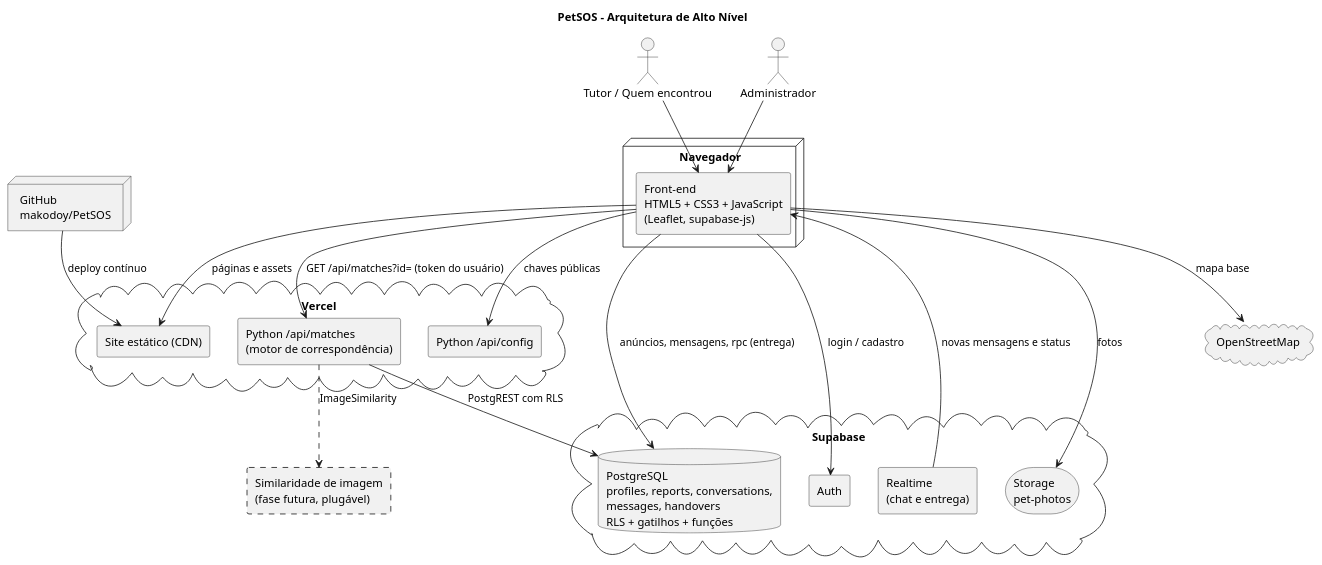
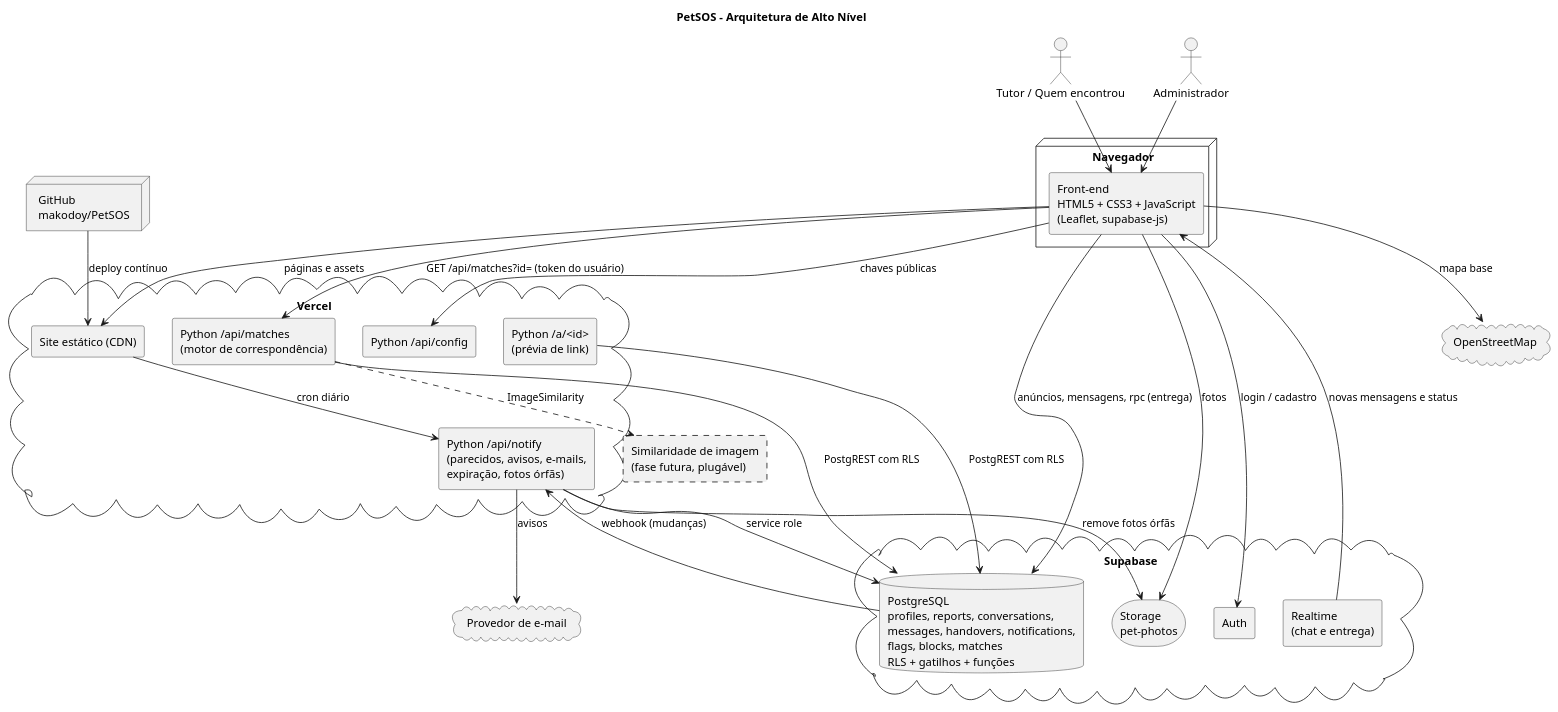
Before and after one commit to makodoy/PetSOS: the diagram in docs/arquitetura.puml, drawn with PlantUML. The commit also changed 2 other files, not shown here.

Commit message:
Atualiza README e diagramas

```diff
--- a/docs/arquitetura.puml
+++ b/docs/arquitetura.puml
@@ -1,43 +1,52 @@
 @startuml PetSOS_Arquitetura
 title PetSOS - Arquitetura de Alto Nível
 skinparam componentStyle rectangle
 skinparam shadowing false
 
 actor "Tutor / Quem encontrou" as user
 actor "Administrador" as admin
 
 node "Navegador" {
   component "Front-end\nHTML5 + CSS3 + JavaScript\n(Leaflet, supabase-js)" as fe
 }
 
 cloud "Vercel" {
   component "Site estático (CDN)" as cdn
   component "Python /api/matches\n(motor de correspondência)" as match
   component "Python /api/config" as cfg
+  component "Python /api/notify\n(parecidos, avisos, e-mails,\nexpiração, fotos órfãs)" as notify
+  component "Python /a/<id>\n(prévia de link)" as share
 }
 
 cloud "Supabase" {
   component "Auth" as auth
-  database "PostgreSQL\nprofiles, reports, conversations,\nmessages, handovers\nRLS + gatilhos + funções" as db
+  database "PostgreSQL\nprofiles, reports, conversations,\nmessages, handovers, notifications,\nflags, blocks, matches\nRLS + gatilhos + funções" as db
   component "Realtime\n(chat e entrega)" as rt
   storage "Storage\npet-photos" as st
 }
 
 cloud "OpenStreetMap" as tiles
+cloud "Provedor de e-mail" as mail
 component "Similaridade de imagem\n(fase futura, plugável)" as img #line.dashed
 node "GitHub\nmakodoy/PetSOS" as gh
 
 user --> fe
 admin --> fe
 fe --> cdn : páginas e assets
 fe --> cfg : chaves públicas
 fe --> auth : login / cadastro
 fe --> db : anúncios, mensagens, rpc (entrega)
 fe <-- rt : novas mensagens e status
 fe --> st : fotos
 fe --> match : GET /api/matches?id= (token do usuário)
 match --> db : PostgREST com RLS
 match ..> img : ImageSimilarity
+db --> notify : webhook (mudanças)
+cdn --> notify : cron diário
+notify --> db : service role
+notify --> st : remove fotos órfãs
+notify --> mail : avisos
+share --> db : PostgREST com RLS
 fe --> tiles : mapa base
 gh --> cdn : deploy contínuo
 @enduml
```
